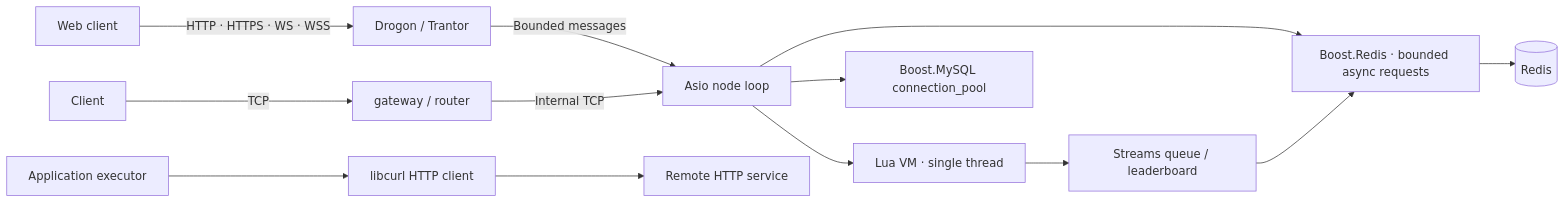
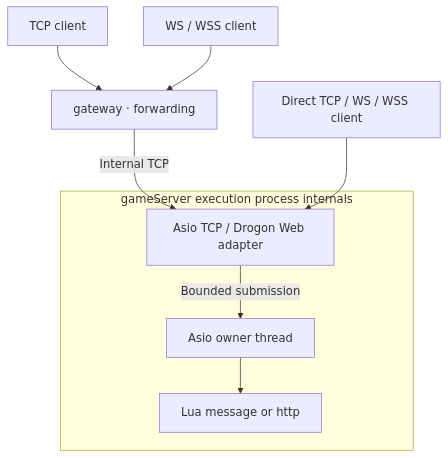
One commit to cuihairu/mistlane changed the second of 2 diagrams in docs/architecture.md. Above: the diagram before and after it, drawn with Mermaid. The commit also changed other lines of this file and 58 other files, not shown here.

````diff
--- a/docs/architecture.md
+++ b/docs/architecture.md
@@ -7,15 +27,11 @@
 ```mermaid
-flowchart LR
-  client["Client"] -->|TCP| gateway["gateway / router"]
-  web["Web client"] -->|HTTP · HTTPS · WS · WSS| dg["Drogon / Trantor"]
-  dg -->|Bounded messages| node["Asio node loop"]
-  gateway -->|Internal TCP| node
-  node --> lua["Lua VM · single thread"]
-  node --> db["Boost.MySQL connection_pool"]
-  node --> redis["Boost.Redis · bounded async requests"]
-  lua --> data["Streams queue / leaderboard"]
-  data --> redis
-  redis --> store[(Redis)]
-  app["Application executor"] --> curl["libcurl HTTP client"]
-  curl --> remote["Remote HTTP service"]
+flowchart TB
+  tcp["TCP client"] --> forward["gateway · forwarding"]
+  ws["WS / WSS client"] --> forward
+  forward -->|Internal TCP| adapters
+  direct["Direct TCP / WS / WSS client"] --> adapters
+  subgraph runtime["gameServer execution process internals"]
+    adapters["Asio TCP / Drogon Web adapter"] -->|Bounded submission| owner["Asio owner thread"]
+    owner --> lua["Lua message or http"]
+  end
 ```
````
